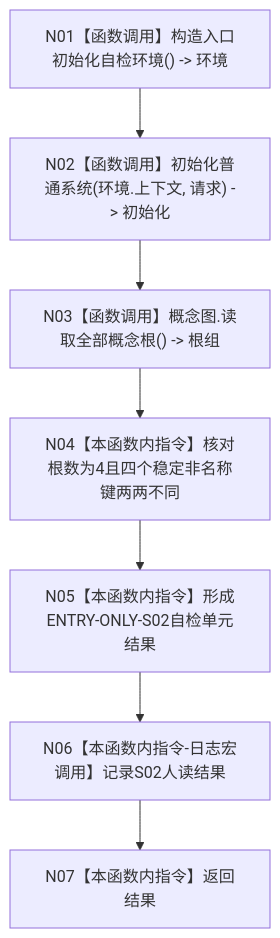
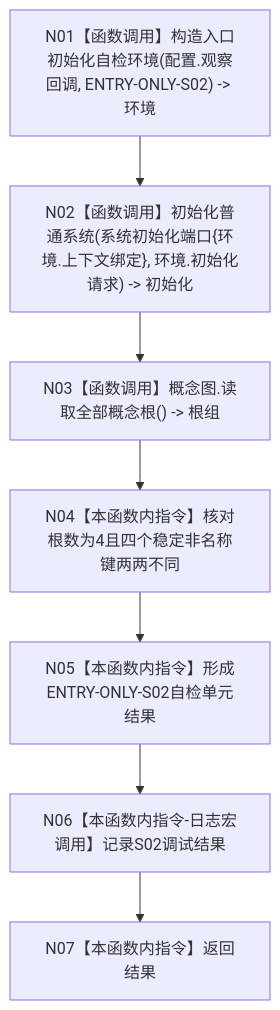
The diagram in 流程图/20260726_ENTRY-ONLY_S02_概念图四根唯一_施工流程图_v0.1.md (chunhaizh-cyber/HY-Ego), drawn with Mermaid before and after one commit. The commit also changed other lines of this file and 54 other files, not shown here.

Commit message:
修订 ENTRY-ONLY 入口职责设计包

````diff
--- a/流程图/20260726_ENTRY-ONLY_S02_概念图四根唯一_施工流程图_v0.1.md
+++ b/流程图/20260726_ENTRY-ONLY_S02_概念图四根唯一_施工流程图_v0.1.md
@@ -27,9 +27,9 @@
 ```mermaid
 flowchart TD
-    N01["N01【函数调用】构造入口初始化自检环境() -> 环境"] --> N02["N02【函数调用】初始化普通系统(环境.上下文, 请求) -> 初始化"]
+    N01["N01【函数调用】构造入口初始化自检环境(配置.观察回调, ENTRY-ONLY-S02) -> 环境"] --> N02["N02【函数调用】初始化普通系统(系统初始化端口{环境.上下文绑定}, 环境.初始化请求) -> 初始化"]
     N02 --> N03["N03【函数调用】概念图.读取全部概念根() -> 根组"]
     N03 --> N04["N04【本函数内指令】核对根数为4且四个稳定非名称键两两不同"]
     N04 --> N05["N05【本函数内指令】形成ENTRY-ONLY-S02自检单元结果"]
-    N05 --> N06["N06【本函数内指令-日志宏调用】记录S02人读结果"]
+    N05 --> N06["N06【本函数内指令-日志宏调用】记录S02调试结果"]
     N06 --> N07["N07【本函数内指令】返回结果"]
 ```
````
